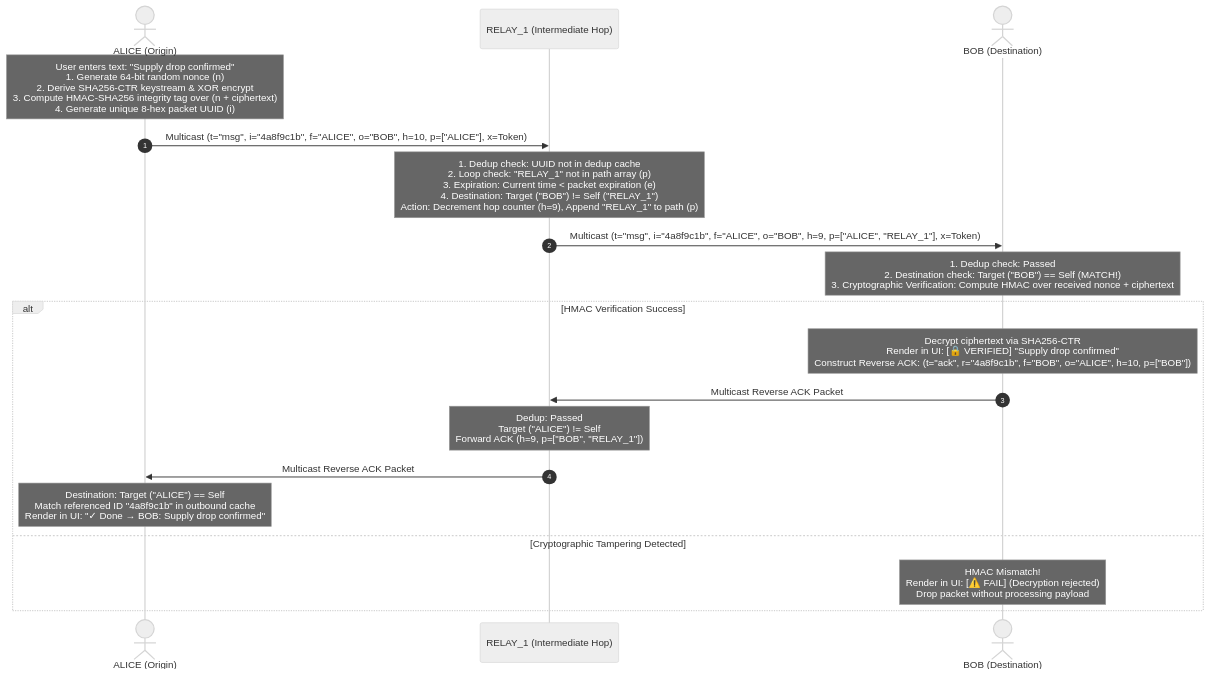
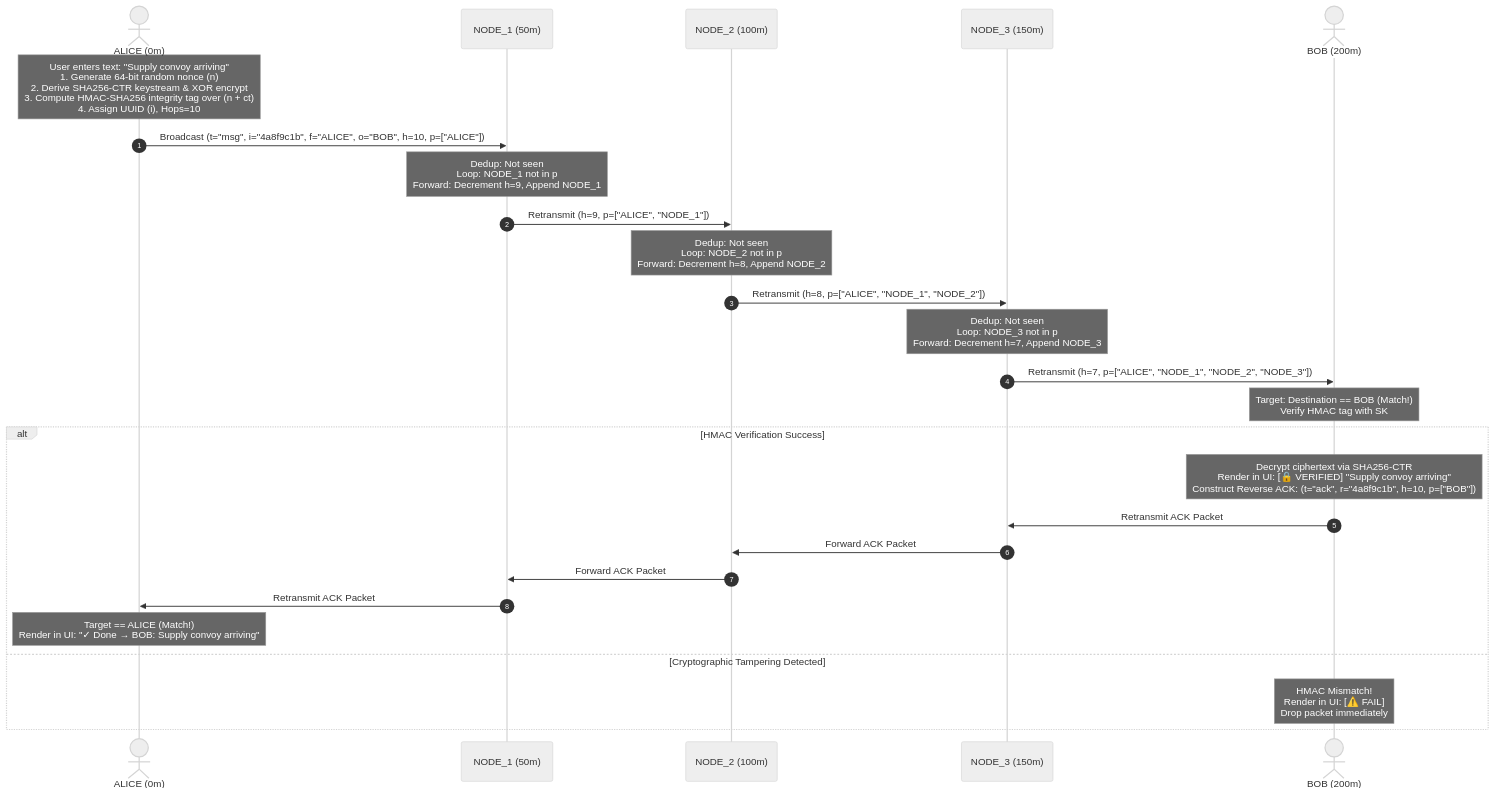
The diagram in PROJECT_OVERVIEW.md (devXsentinel/RELAY), drawn with Mermaid (neutral theme) before and after one commit. The commit also changed other lines of this file and 1 other file, not shown here.

Commit message:
docs: update README and PROJECT_OVERVIEW with 200m multi-hop mesh, auto-mesh, and zero-touch broadcast

````diff
--- a/PROJECT_OVERVIEW.md
+++ b/PROJECT_OVERVIEW.md
@@ -59,24 +59,33 @@
 ```mermaid
 sequenceDiagram
     autonumber
-    actor Alice as ALICE (Origin)
-    participant R1 as RELAY_1 (Intermediate Hop)
-    actor Bob as BOB (Destination)
+    actor Alice as ALICE (0m)
+    participant R1 as NODE_1 (50m)
+    participant R2 as NODE_2 (100m)
+    participant R3 as NODE_3 (150m)
+    actor Bob as BOB (200m)
 
-    Note over Alice: User enters text: "Supply drop confirmed"<br/>1. Generate 64-bit random nonce (n)<br/>2. Derive SHA256-CTR keystream & XOR encrypt<br/>3. Compute HMAC-SHA256 integrity tag over (n + ciphertext)<br/>4. Generate unique 8-hex packet UUID (i)
-    Alice->>R1: Multicast (t="msg", i="4a8f9c1b", f="ALICE", o="BOB", h=10, p=["ALICE"], x=Token)
+    Note over Alice: User enters text: "Supply convoy arriving"<br/>1. Generate 64-bit random nonce (n)<br/>2. Derive SHA256-CTR keystream & XOR encrypt<br/>3. Compute HMAC-SHA256 integrity tag over (n + ct)<br/>4. Assign UUID (i), Hops=10
+    Alice->>R1: Broadcast (t="msg", i="4a8f9c1b", f="ALICE", o="BOB", h=10, p=["ALICE"])
 
-    Note over R1: 1. Dedup check: UUID not in dedup cache<br/>2. Loop check: "RELAY_1" not in path array (p)<br/>3. Expiration: Current time < packet expiration (e)<br/>4. Destination: Target ("BOB") != Self ("RELAY_1")<br/>Action: Decrement hop counter (h=9), Append "RELAY_1" to path (p)
-    R1->>Bob: Multicast (t="msg", i="4a8f9c1b", f="ALICE", o="BOB", h=9, p=["ALICE", "RELAY_1"], x=Token)
+    Note over R1: Dedup: Not seen<br/>Loop: NODE_1 not in p<br/>Forward: Decrement h=9, Append NODE_1
+    R1->>R2: Retransmit (h=9, p=["ALICE", "NODE_1"])
 
-    Note over Bob: 1. Dedup check: Passed<br/>2. Destination check: Target ("BOB") == Self (MATCH!)<br/>3. Cryptographic Verification: Compute HMAC over received nonce + ciphertext
+    Note over R2: Dedup: Not seen<br/>Loop: NODE_2 not in p<br/>Forward: Decrement h=8, Append NODE_2
+    R2->>R3: Retransmit (h=8, p=["ALICE", "NODE_1", "NODE_2"])
+
+    Note over R3: Dedup: Not seen<br/>Loop: NODE_3 not in p<br/>Forward: Decrement h=7, Append NODE_3
+    R3->>Bob: Retransmit (h=7, p=["ALICE", "NODE_1", "NODE_2", "NODE_3"])
+
+    Note over Bob: Target: Destination == BOB (Match!)<br/>Verify HMAC tag with SK
     alt HMAC Verification Success
-        Note over Bob: Decrypt ciphertext via SHA256-CTR<br/>Render in UI: [🔒 VERIFIED] "Supply drop confirmed"<br/>Construct Reverse ACK: (t="ack", r="4a8f9c1b", f="BOB", o="ALICE", h=10, p=["BOB"])
-        Bob->>R1: Multicast Reverse ACK Packet
-        Note over R1: Dedup: Passed<br/>Target ("ALICE") != Self<br/>Forward ACK (h=9, p=["BOB", "RELAY_1"])
-        R1->>Alice: Multicast Reverse ACK Packet
-        Note over Alice: Destination: Target ("ALICE") == Self<br/>Match referenced ID "4a8f9c1b" in outbound cache<br/>Render in UI: "✓ Done → BOB: Supply drop confirmed"
+        Note over Bob: Decrypt ciphertext via SHA256-CTR<br/>Render in UI: [🔒 VERIFIED] "Supply convoy arriving"<br/>Construct Reverse ACK: (t="ack", r="4a8f9c1b", h=10, p=["BOB"])
+        Bob->>R3: Retransmit ACK Packet
+        R3->>R2: Forward ACK Packet
+        R2->>R1: Forward ACK Packet
+        R1->>Alice: Retransmit ACK Packet
+        Note over Alice: Target == ALICE (Match!)<br/>Render in UI: "✓ Done → BOB: Supply convoy arriving"
     else Cryptographic Tampering Detected
-        Note over Bob: HMAC Mismatch!<br/>Render in UI: [⚠️ FAIL] (Decryption rejected)<br/>Drop packet without processing payload
+        Note over Bob: HMAC Mismatch!<br/>Render in UI: [⚠️ FAIL]<br/>Drop packet immediately
     end
 ```
````
